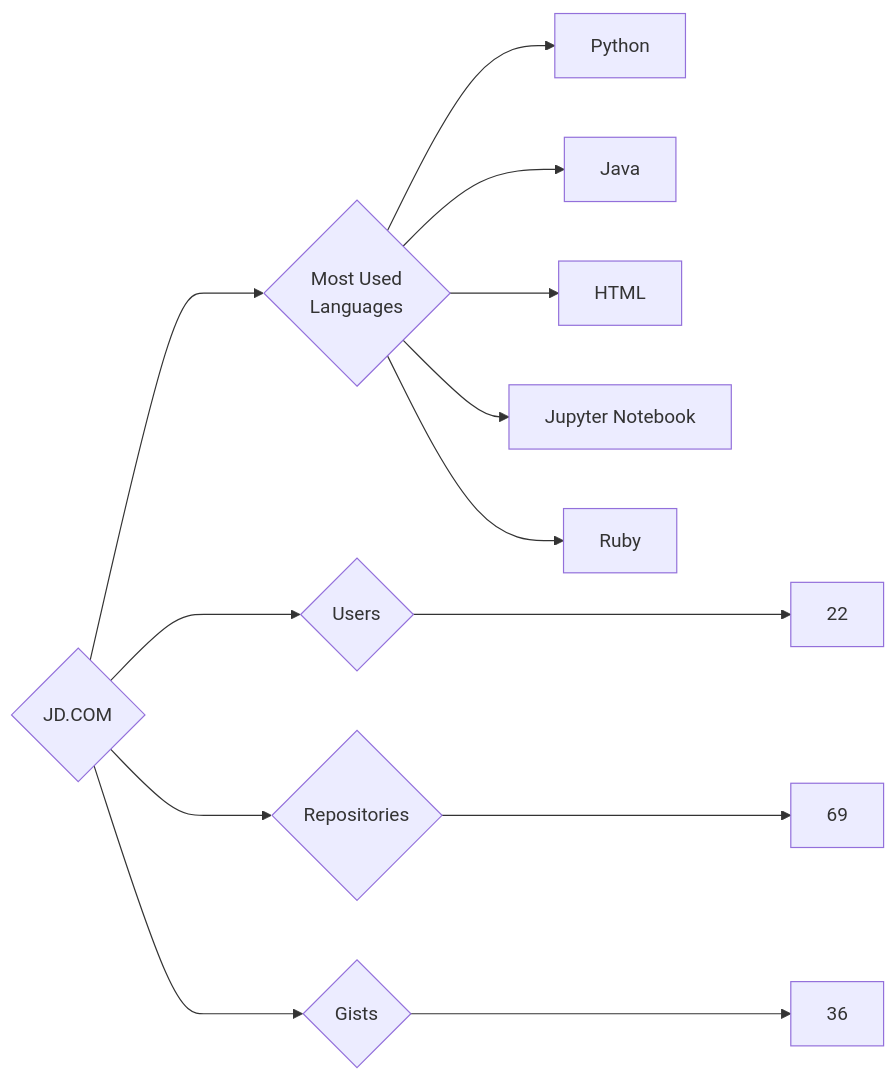
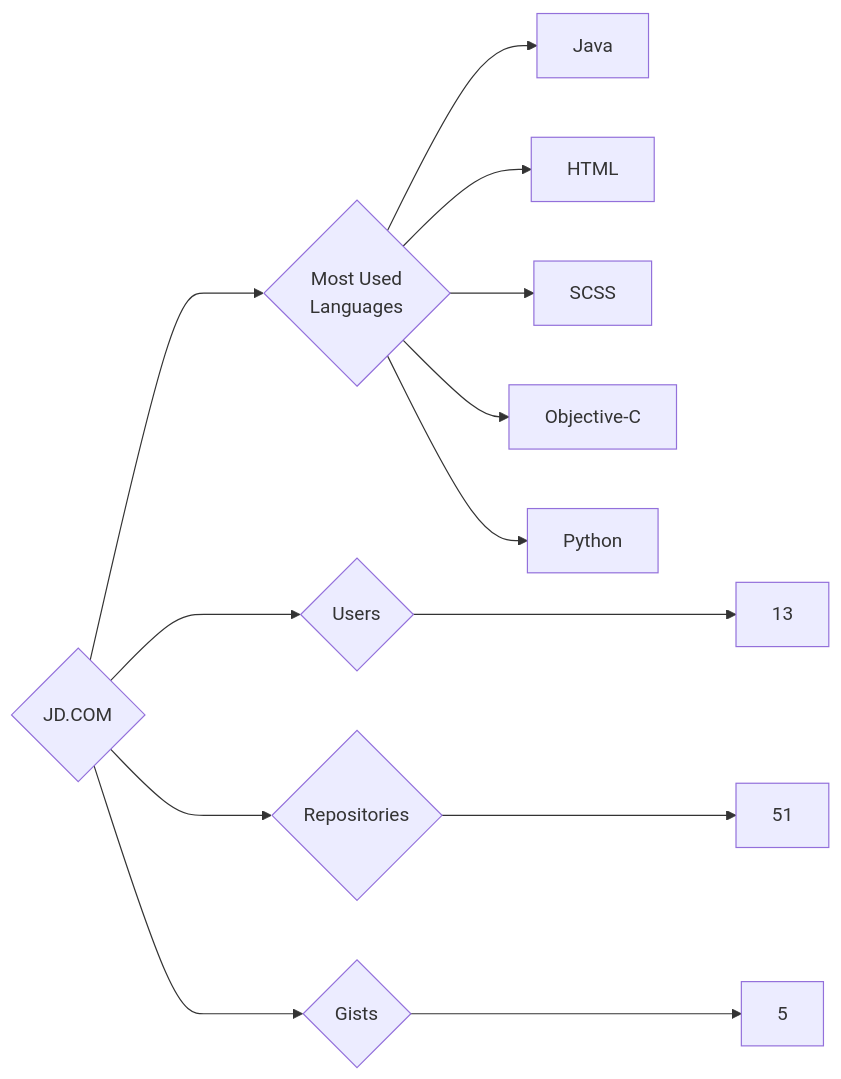
Before and after one commit to trickest/insiders: the diagram in targets/JD.COM/README.md, drawn with Mermaid. The commit also changed 770 other files, not shown here.

````diff
--- a/targets/JD.COM/README.md
+++ b/targets/JD.COM/README.md
@@ -3,13 +3,13 @@
 ```mermaid
 graph LR
 COMPANY_NAME{JD.COM}
-COMPANY_NAME ---> U{Users} ---> UN[22]
-COMPANY_NAME ---> R{Repositories} ---> RN[69]
-COMPANY_NAME ---> G{Gists} ---> GN[36]
+COMPANY_NAME ---> U{Users} ---> UN[13]
+COMPANY_NAME ---> R{Repositories} ---> RN[51]
+COMPANY_NAME ---> G{Gists} ---> GN[5]
 COMPANY_NAME ---> ML{Most Used<br>Languages}
-ML --> Python[Python]
 ML --> Java[Java]
 ML --> HTML[HTML]
-ML --> Jupyter_Notebook[Jupyter Notebook]
-ML --> Ruby[Ruby]
+ML --> SCSS[SCSS]
+ML --> Objective-C[Objective-C]
+ML --> Python[Python]
 ```
````
